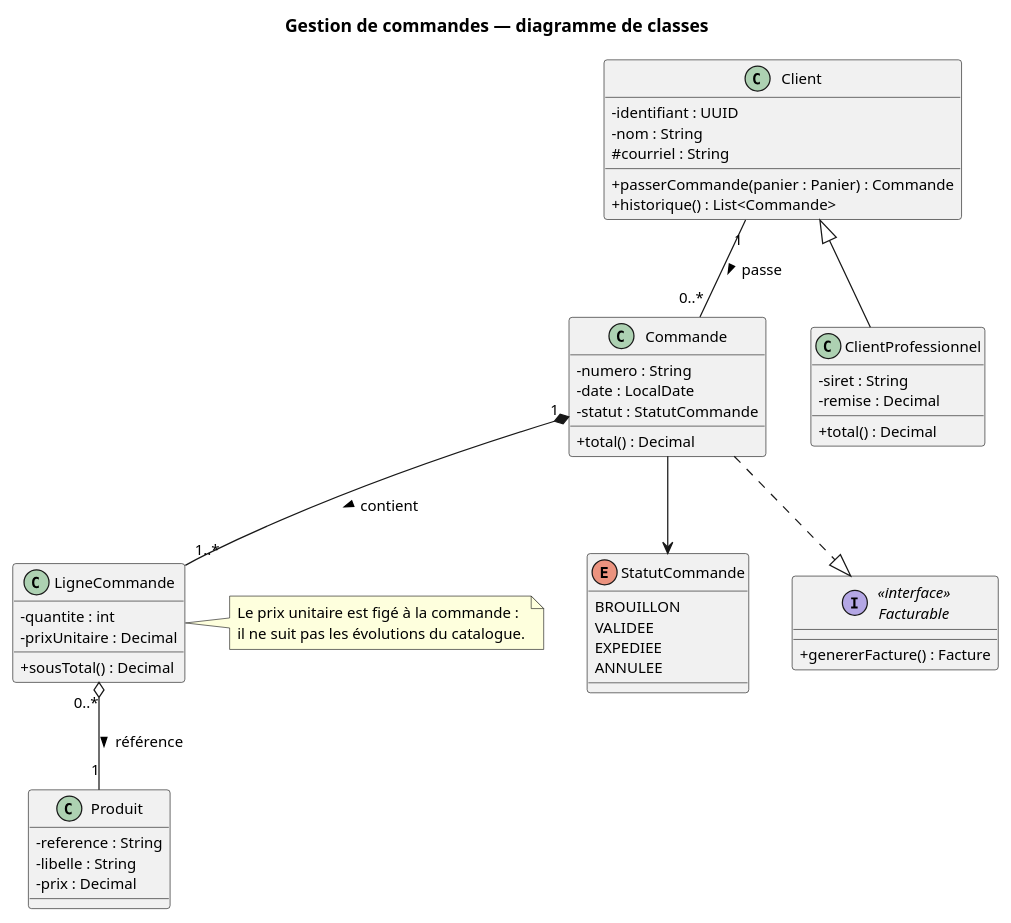
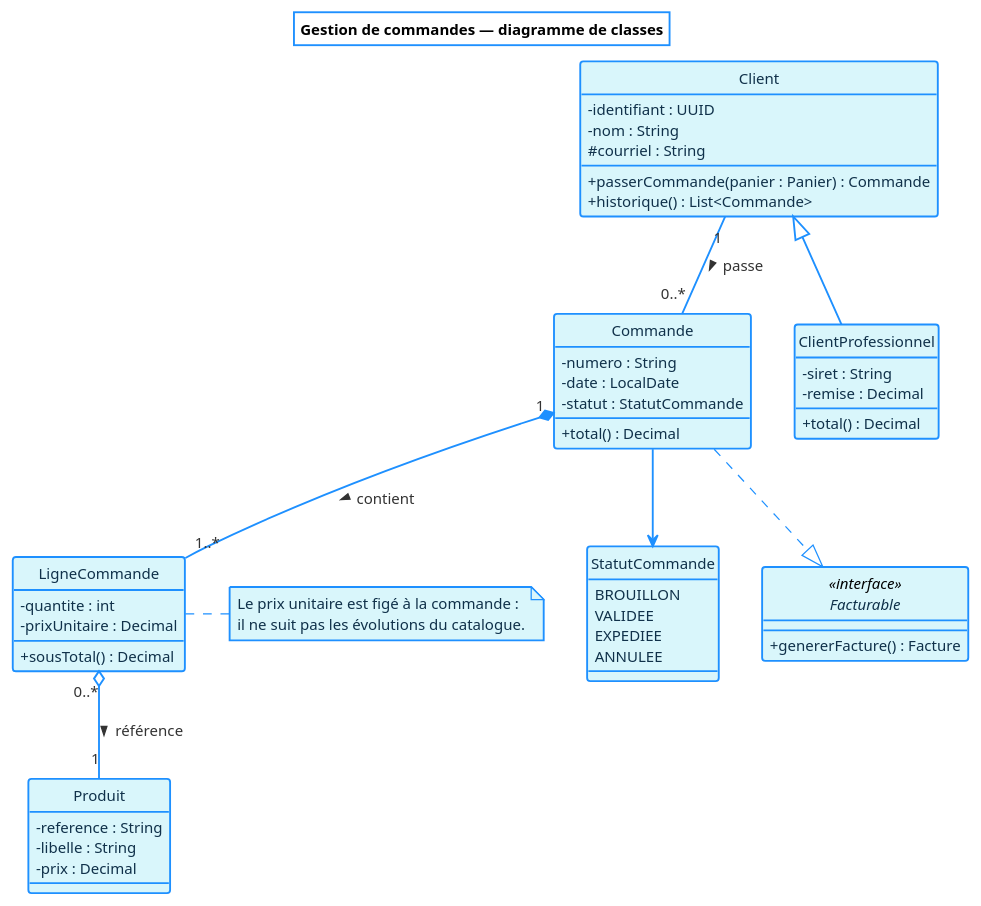
One commit to STALKER1709/PLANTUMLStudio changed the diagram in templates/01-diagramme-classes.puml. Above: the diagram before and after it, drawn with PlantUML. The commit also changed 16 other files, not shown here.

```diff
--- a/templates/01-diagramme-classes.puml
+++ b/templates/01-diagramme-classes.puml
@@ -3,79 +3,127 @@
 @startuml
 title Gestion de commandes — diagramme de classes
 
-skinparam defaultFontName "Segoe UI"
-skinparam defaultFontSize 12
+' ── Formalisme commun — voir docs/formalisme.md ──────────────────────
+' Palette : fond cyan clair, bordures et flèches bleues, têtes d'acteurs
+' en jaune pâle. Les états initiaux et finaux restent des cercles pleins.
+<style>
+root {
+  FontName "Segoe UI"
+  FontSize 12
+  BackGroundColor #FFFFFF
+  LineColor #1E90FF
+  LineThickness 1.5
+}
+element {
+  BackGroundColor #D9F6FB
+  LineColor #1E90FF
+  FontColor #10314A
+}
+arrow {
+  LineColor #1E90FF
+  FontColor #333333
+}
+activityDiagram {
+  circle {
+    BackGroundColor #1E90FF
+    LineColor #1E90FF
+  }
+}
+stateDiagram {
+  circle {
+    BackGroundColor #1E90FF
+    LineColor #1E90FF
+  }
+}
+</style>
 skinparam shadowing false
+' Les conteneurs (cadre système, paquetages, nœuds) restent transparents :
+' seuls les éléments qu'ils portent sont colorés, comme dans le formalisme de
+' référence.
+skinparam rectangleBackgroundColor transparent
+skinparam packageBackgroundColor transparent
+skinparam nodeBackgroundColor transparent
+skinparam folderBackgroundColor transparent
+skinparam frameBackgroundColor transparent
+skinparam cloudBackgroundColor transparent
+skinparam actorBackgroundColor #FFF6B0
+skinparam actorBorderColor #1E90FF
+' Marqueurs de visibilité littéraux + - # plutôt que des icônes colorées
+skinparam classAttributeIconSize 0
+' « Il est représenté par un dossier avec son nom à l'intérieur »
+skinparam packageStyle folder
+' Pointes de flèches UML strictes : synchrone, asynchrone, retour
+skinparam style strictuml
+
 ' Visibilité en clair (+ public, - privé, # protégé), conformément au formalisme
-skinparam classAttributeIconSize 0
 
 ' Une classe se représente par un rectangle divisé en trois sections :
 ' nom, attributs typés, puis opérations.
 class Client {
   - identifiant : UUID
   - nom : String
   # courriel : String
   + passerCommande(panier : Panier) : Commande
   + historique() : List<Commande>
 }
 
 class Commande {
   - numero : String
   - date : LocalDate
   - statut : StatutCommande
   + total() : Decimal
 }
 
 class LigneCommande {
   - quantite : int
   - prixUnitaire : Decimal
   + sousTotal() : Decimal
 }
 
 class Produit {
   - reference : String
   - libelle : String
   - prix : Decimal
 }
 
 class ClientProfessionnel {
   - siret : String
   - remise : Decimal
   + total() : Decimal
 }
 
 enum StatutCommande {
   BROUILLON
   VALIDEE
   EXPEDIEE
   ANNULEE
 }
 
 interface Facturable <<interface>> {
   + genererFacture() : Facture
 }
 
 ' Association : trait simple entre deux classes, multiplicités aux extrémités.
 Client "1" -- "0..*" Commande : passe >
 
 ' Composition : losange plein côté agrégat. La destruction de la commande
 ' entraîne celle de ses lignes.
 Commande "1" *-- "1..*" LigneCommande : contient >
 
 ' Agrégation : losange creux. Le produit survit à la ligne de commande.
 LigneCommande "0..*" o-- "1" Produit : référence >
 
 ' Héritage : flèche à pointe triangulaire creuse vers la classe mère.
 Client <|-- ClientProfessionnel
 
 ' Réalisation d'interface : trait interrompu, pointe triangulaire creuse.
 Commande ..|> Facturable
 
 Commande --> StatutCommande
 
 note right of LigneCommande
   Le prix unitaire est figé à la commande :
   il ne suit pas les évolutions du catalogue.
 end note
 
 @enduml
```
